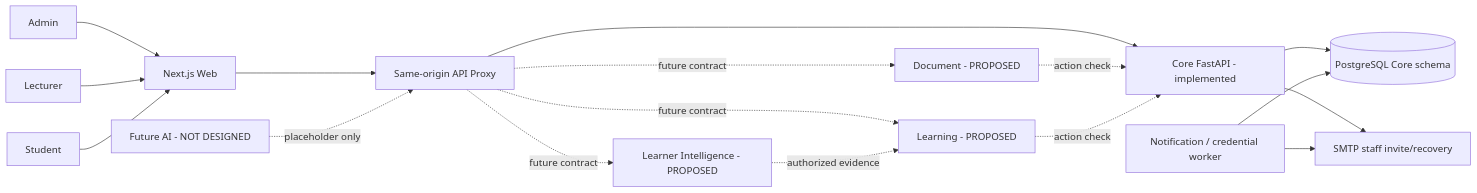
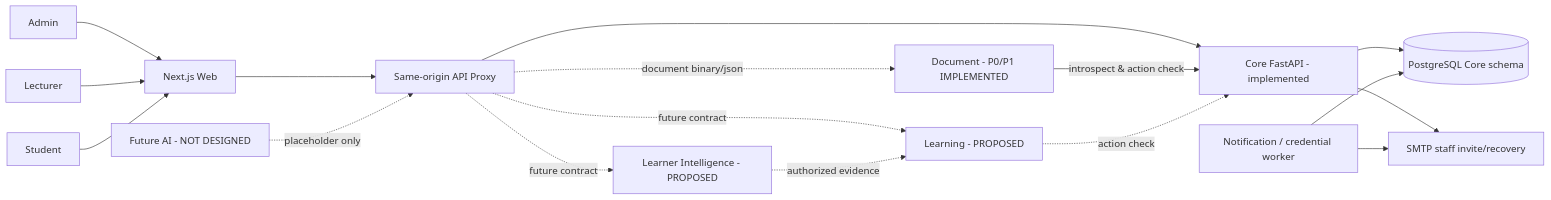
Before and after one commit to quantd0106/DATN: the first of 2 diagrams in docs/architect/lumi-design/08_HLD.md, drawn with Mermaid. The commit also changed other lines of this file and 23 other files, not shown here.

````diff
--- a/docs/architect/lumi-design/08_HLD.md
+++ b/docs/architect/lumi-design/08_HLD.md
@@ -13,19 +13,19 @@
 ```mermaid
 flowchart LR
     A[Admin] --> W[Next.js Web]
     T[Lecturer] --> W
     S[Student] --> W
     W --> P[Same-origin API Proxy]
     P --> C[Core FastAPI - implemented]
     C --> DB[(PostgreSQL Core schema)]
     C --> SM[SMTP staff invite/recovery]
     CW[Notification / credential worker] --> DB
     CW --> SM
-    P -. future contract .-> D[Document - PROPOSED]
+    P -. document binary/json .-> D[Document - P0/P1 IMPLEMENTED]
     P -. future contract .-> L[Learning - PROPOSED]
     P -. future contract .-> I[Learner Intelligence - PROPOSED]
-    D -. action check .-> C
+    D -- introspect & action check --> C
     L -. action check .-> C
     I -. authorized evidence .-> L
     FUT[Future AI - NOT DESIGNED] -. placeholder only .-> P
 ```
````
